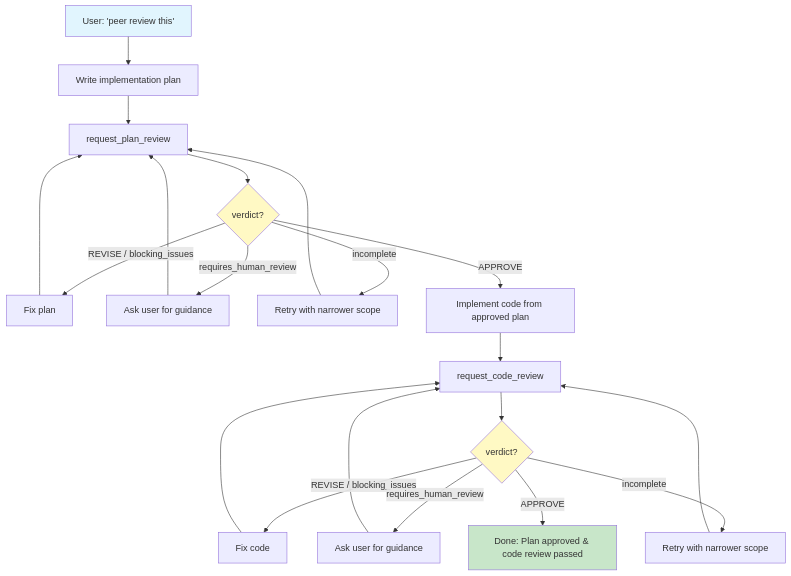
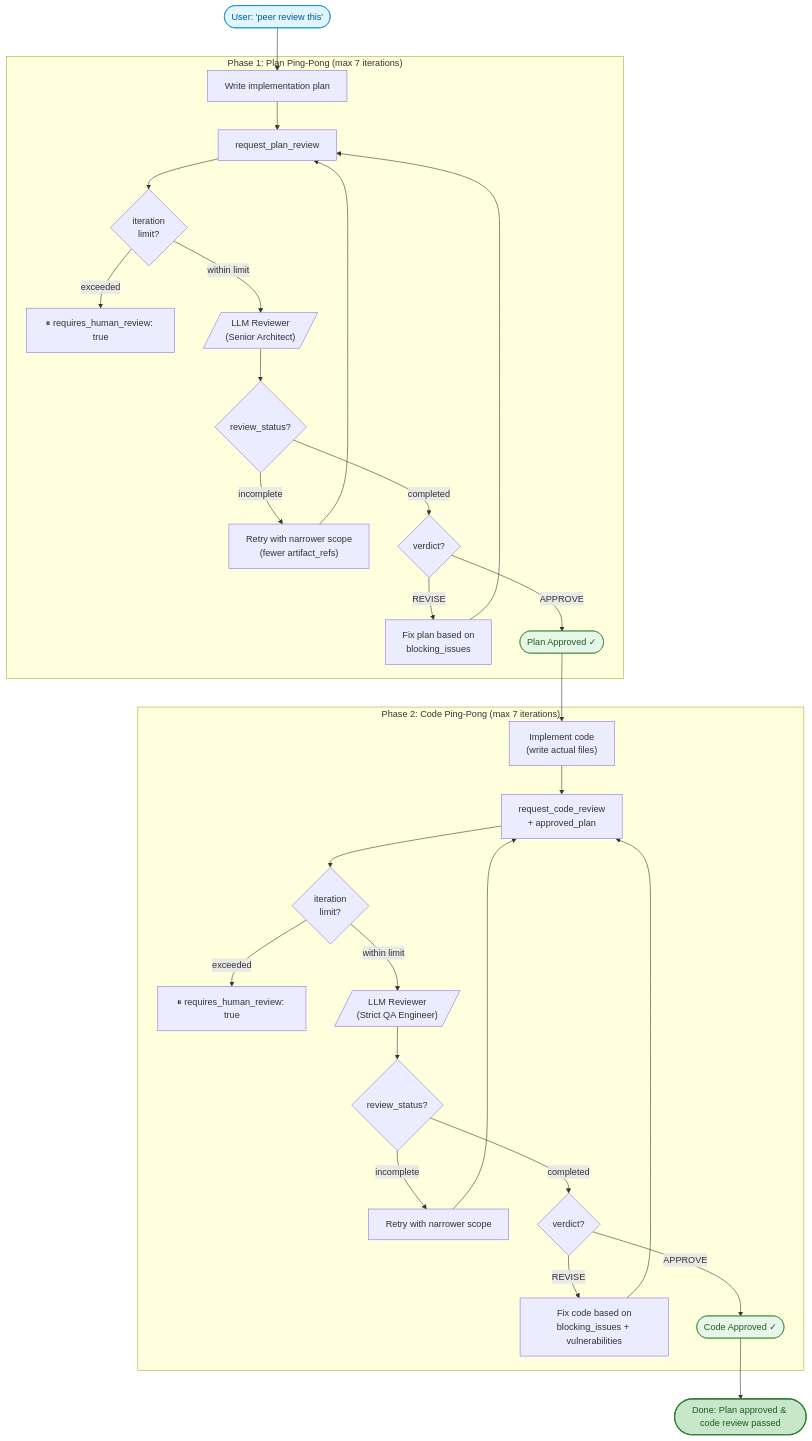
The first of 4 diagrams in README.md (Planningo/duul), drawn with Mermaid before and after one commit. The commit also changed other lines of this file and 1 other file, not shown here.

First line of the commit message:
docs: replace flowcharts with comprehensive mermaid diagrams

````diff
--- a/README.md
+++ b/README.md
@@ -22,27 +24,40 @@
 ```mermaid
 flowchart TD
-    A["User: 'peer review this'"] --> B[Write implementation plan]
-    B --> C[request_plan_review]
-    C --> D{verdict?}
-    D -- "REVISE / blocking_issues" --> E[Fix plan]
-    E --> C
-    D -- "requires_human_review" --> F[Ask user for guidance]
-    F --> C
-    D -- "incomplete" --> C2[Retry with narrower scope]
-    C2 --> C
-    D -- "APPROVE" --> G[Implement code from approved plan]
-    G --> H[request_code_review]
-    H --> I{verdict?}
-    I -- "REVISE / blocking_issues" --> J[Fix code]
-    J --> H
-    I -- "requires_human_review" --> K[Ask user for guidance]
-    K --> H
-    I -- "incomplete" --> H2[Retry with narrower scope]
-    H2 --> H
-    I -- "APPROVE" --> L["Done: Plan approved & code review passed"]
+    Start(["User: 'peer review this'"]):::trigger --> Plan["Write implementation plan"]
 
-    style A fill:#e1f5fe
-    style L fill:#c8e6c9
-    style D fill:#fff9c4
-    style I fill:#fff9c4
+    subgraph Phase1["Phase 1: Plan Ping-Pong (max 7 iterations)"]
+        Plan --> PR["request_plan_review"]
+        PR --> IterCheck1{iteration\nlimit?}
+        IterCheck1 -- "exceeded" --> Human1["⏸ requires_human_review: true"]
+        IterCheck1 -- "within limit" --> Review1[/"LLM Reviewer\n(Senior Architect)"/]
+        Review1 --> Status1{review_status?}
+        Status1 -- "incomplete" --> Narrow1["Retry with narrower scope\n(fewer artifact_refs)"]
+        Narrow1 --> PR
+        Status1 -- "completed" --> Verdict1{verdict?}
+        Verdict1 -- "REVISE" --> Fix1["Fix plan based on\nblocking_issues"]
+        Fix1 --> PR
+        Verdict1 -- "APPROVE" --> PlanOK(["Plan Approved ✓"]):::approved
+    end
+
+    PlanOK --> Impl["Implement code\n(write actual files)"]
+
+    subgraph Phase2["Phase 2: Code Ping-Pong (max 7 iterations)"]
+        Impl --> CR["request_code_review\n+ approved_plan"]
+        CR --> IterCheck2{iteration\nlimit?}
+        IterCheck2 -- "exceeded" --> Human2["⏸ requires_human_review: true"]
+        IterCheck2 -- "within limit" --> Review2[/"LLM Reviewer\n(Strict QA Engineer)"/]
+        Review2 --> Status2{review_status?}
+        Status2 -- "incomplete" --> Narrow2["Retry with narrower scope"]
+        Narrow2 --> CR
+        Status2 -- "completed" --> Verdict2{verdict?}
+        Verdict2 -- "REVISE" --> Fix2["Fix code based on\nblocking_issues + vulnerabilities"]
+        Fix2 --> CR
+        Verdict2 -- "APPROVE" --> CodeOK(["Code Approved ✓"]):::approved
+    end
+
+    CodeOK --> Done(["Done: Plan approved & code review passed"]):::done
+
+    classDef trigger fill:#e1f5fe,stroke:#0288d1,color:#01579b
+    classDef approved fill:#e8f5e9,stroke:#388e3c,color:#1b5e20
+    classDef done fill:#c8e6c9,stroke:#2e7d32,color:#1b5e20,stroke-width:2px
 ```
````
